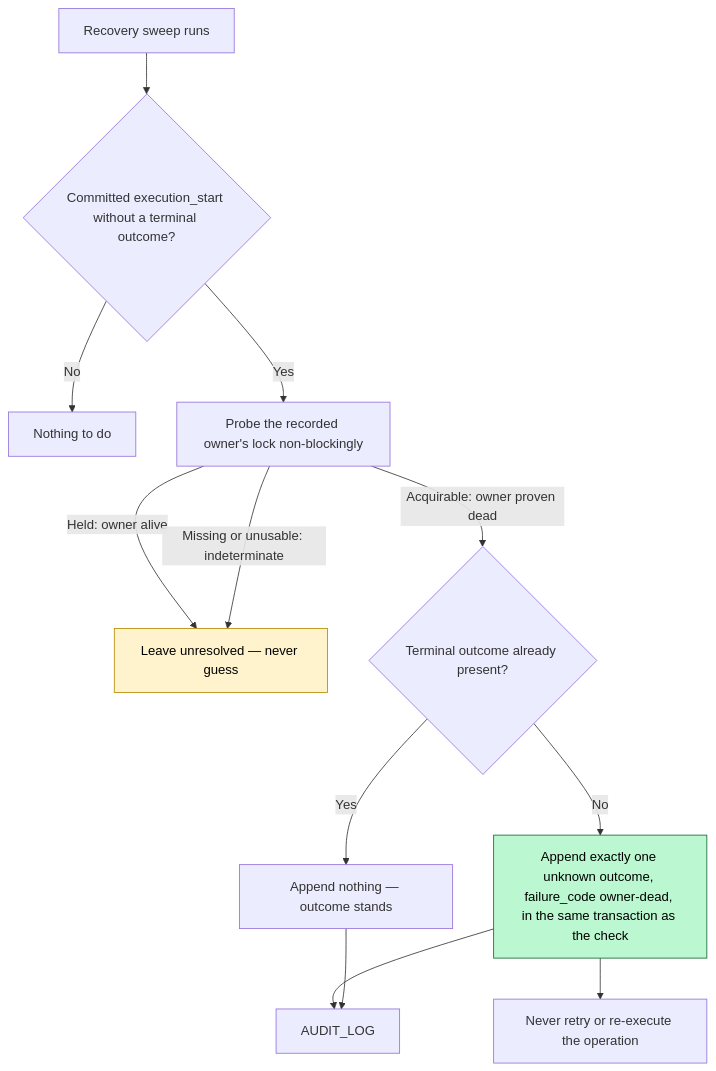
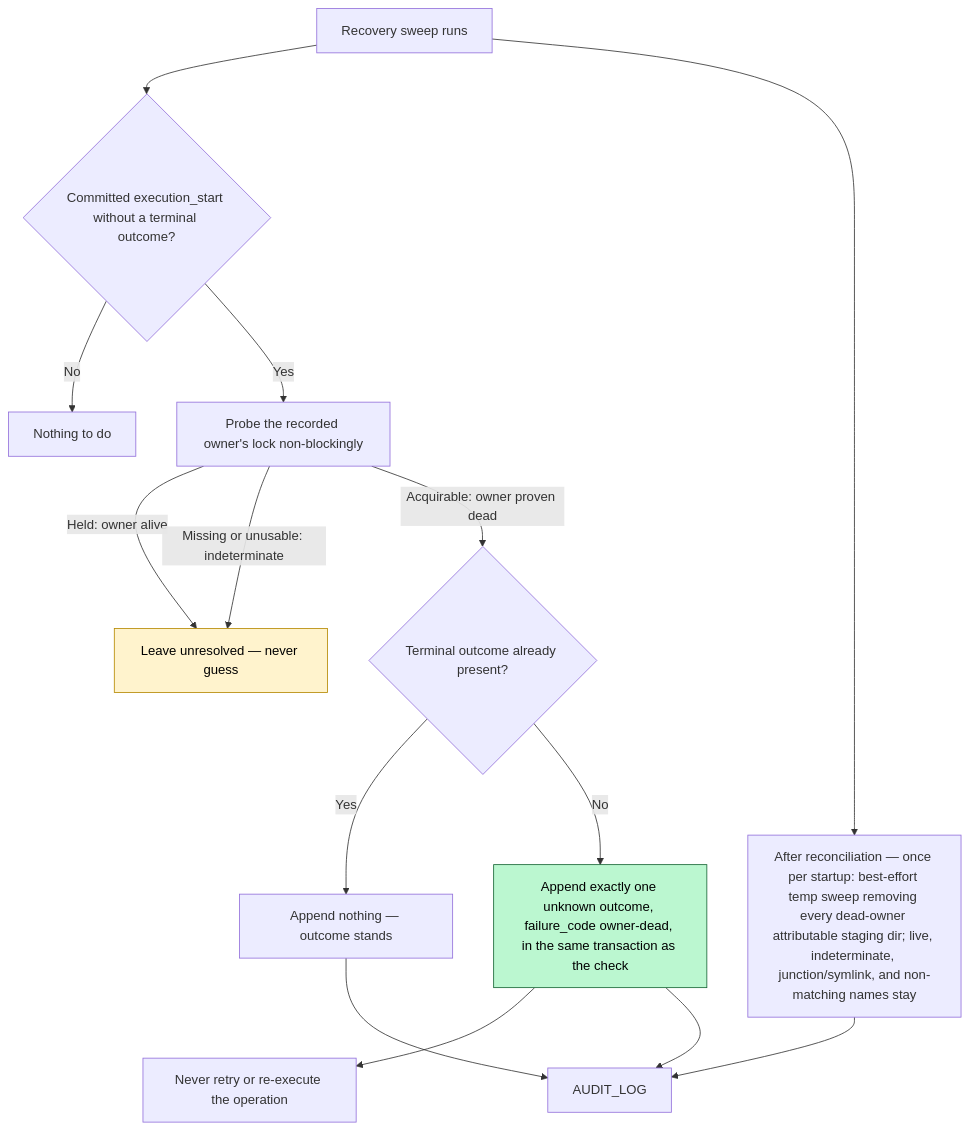
Before and after one commit to alanfong93/ops-guard: the second of 2 diagrams in docs/system_flow.md, drawn with Mermaid. The commit also changed other lines of this file and 3 other files, not shown here.

First line of the commit message:
fix: temp sweep never follows junctions and never aborts on one candidate (#81) (#88)

````diff
--- a/docs/system_flow.md
+++ b/docs/system_flow.md
@@ -46,17 +46,19 @@
 ```mermaid
 flowchart TD
     SWEEP["Recovery sweep runs"] --> STARTS{"Committed execution_start without a terminal outcome?"}
     STARTS -->|"No"| DONE["Nothing to do"]
     STARTS -->|"Yes"| PROBE["Probe the recorded owner's lock non-blockingly"]
     PROBE -->|"Held: owner alive"| UNRESOLVED["Leave unresolved — never guess"]
     PROBE -->|"Missing or unusable: indeterminate"| UNRESOLVED
     PROBE -->|"Acquirable: owner proven dead"| CHECK{"Terminal outcome already present?"}
     CHECK -->|"Yes"| STANDS["Append nothing — outcome stands"]
     CHECK -->|"No"| UNKNOWN["Append exactly one unknown outcome, failure_code owner-dead, in the same transaction as the check"]
     UNKNOWN --> NEVER["Never retry or re-execute the operation"]
     UNKNOWN --> AUDIT_LOG
     STANDS --> AUDIT_LOG
+    SWEEP --> TMP["After reconciliation — once per startup: best-effort temp sweep removing every dead-owner attributable staging dir; live, indeterminate, junction/symlink, and non-matching names stay"]
+    TMP --> AUDIT_LOG
 
     style UNRESOLVED fill:#fff3cd,stroke:#b58900,color:#000
     style UNKNOWN fill:#bbf7d0,stroke:#166534,color:#000
 ```
````
